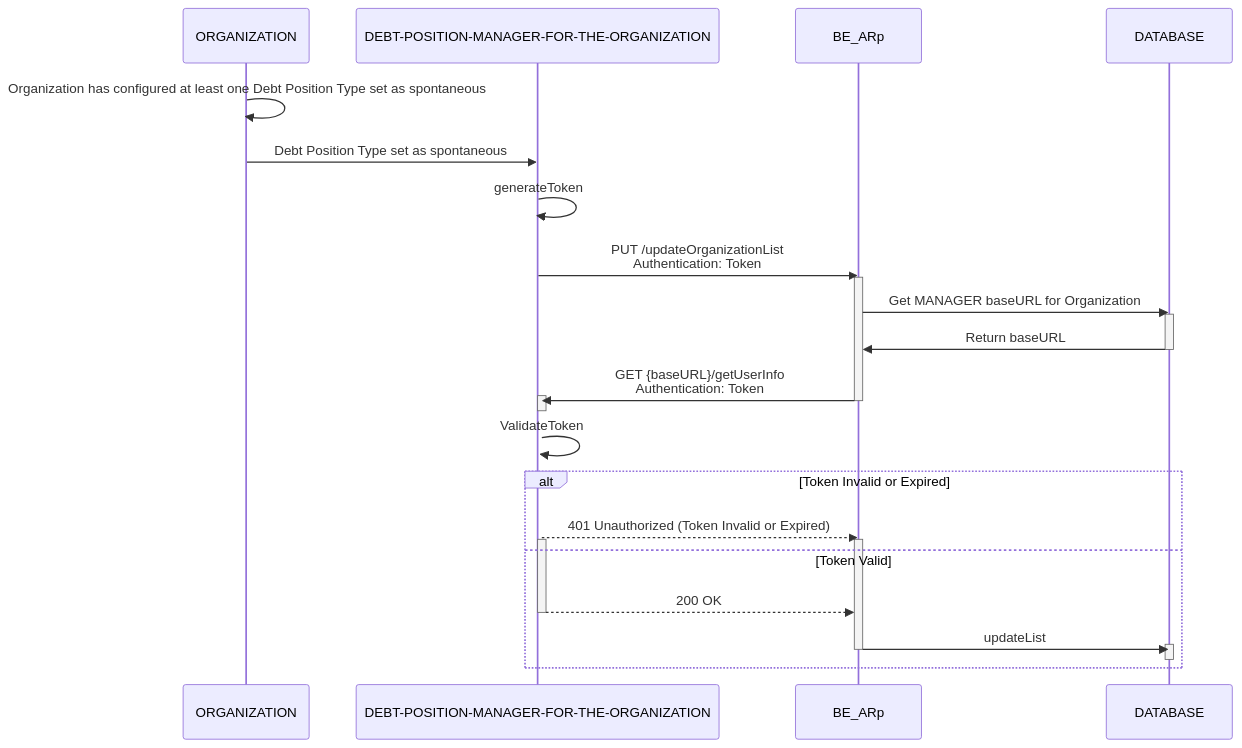
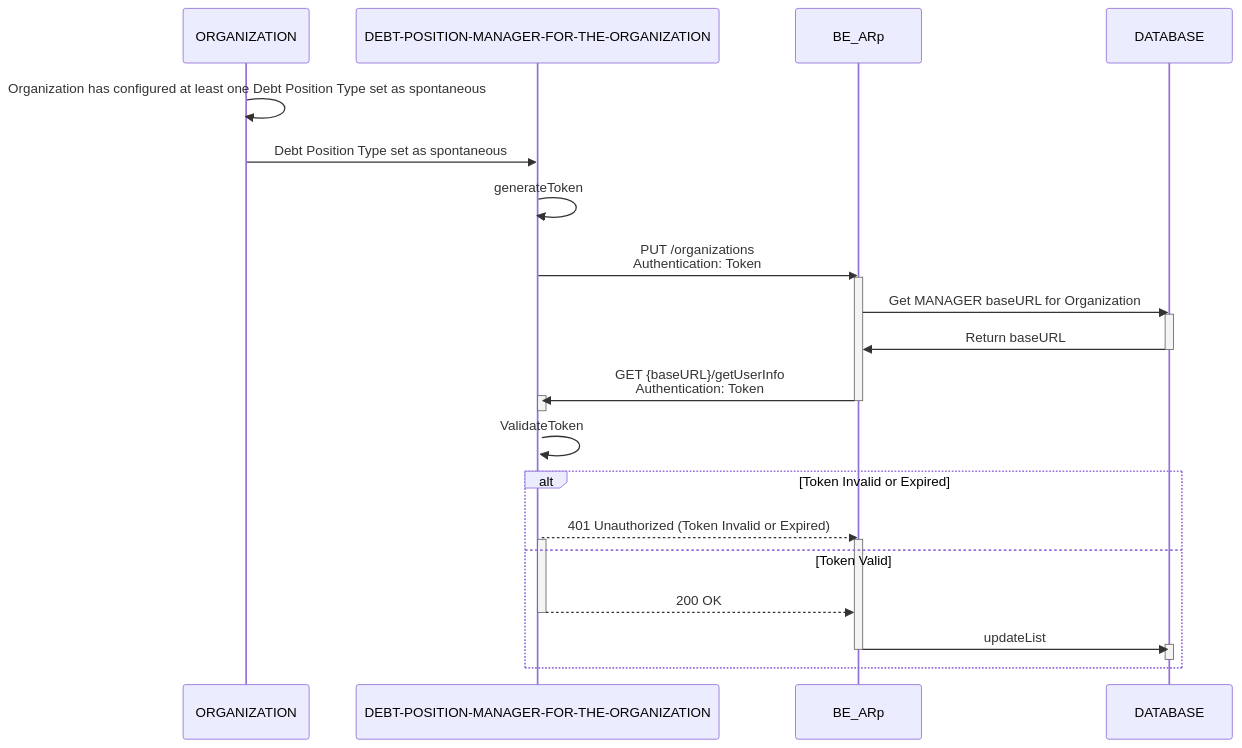
Before and after one commit to pagopa/arc-doc: the diagram in design/arc/spontaneous/sequence_diagram_update_organization_list.mmd, drawn with Mermaid. The commit also changed 5 other files, not shown here.

Commit message:
fix: [P4PU-781] sequence diagram payment notice details (#6)

```diff
--- a/design/arc/spontaneous/sequence_diagram_update_organization_list.mmd
+++ b/design/arc/spontaneous/sequence_diagram_update_organization_list.mmd
@@ -1,35 +1,35 @@
 sequenceDiagram
     participant ORGANIZATION
     participant MANAGER as DEBT-POSITION-MANAGER-FOR-THE-ORGANIZATION
     participant BE_ARp
     participant DB as DATABASE
 
     ORGANIZATION ->> ORGANIZATION : Organization has configured at least one Debt Position Type set as spontaneous
     ORGANIZATION ->> MANAGER : Debt Position Type set as spontaneous
     MANAGER ->> MANAGER : generateToken
-    MANAGER ->> BE_ARp : PUT /updateOrganizationList <br> Authentication: Token
+    MANAGER ->> BE_ARp : PUT /organizations <br> Authentication: Token
     activate MANAGER
         activate BE_ARp
             BE_ARp ->> DB : Get MANAGER baseURL for Organization
             activate DB
                 DB ->> BE_ARp : Return baseURL
             deactivate DB
 
             BE_ARp ->> MANAGER : GET {baseURL}/getUserInfo <br> Authentication: Token
             activate MANAGER
         deactivate BE_ARp
     deactivate MANAGER
 
     MANAGER ->> MANAGER : ValidateToken
     alt Token Invalid or Expired
         MANAGER -->> BE_ARp : 401 Unauthorized (Token Invalid or Expired)
         activate MANAGER
         activate BE_ARp
     else Token Valid
         MANAGER -->> BE_ARp : 200 OK
         deactivate MANAGER
         BE_ARp ->> DB : updateList
         activate DB
         deactivate DB
         deactivate BE_ARp
     end
```
